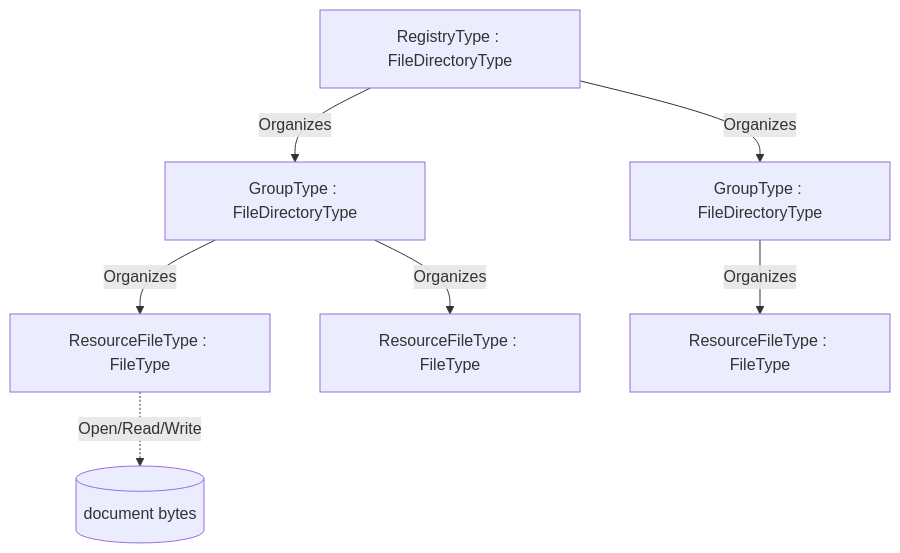
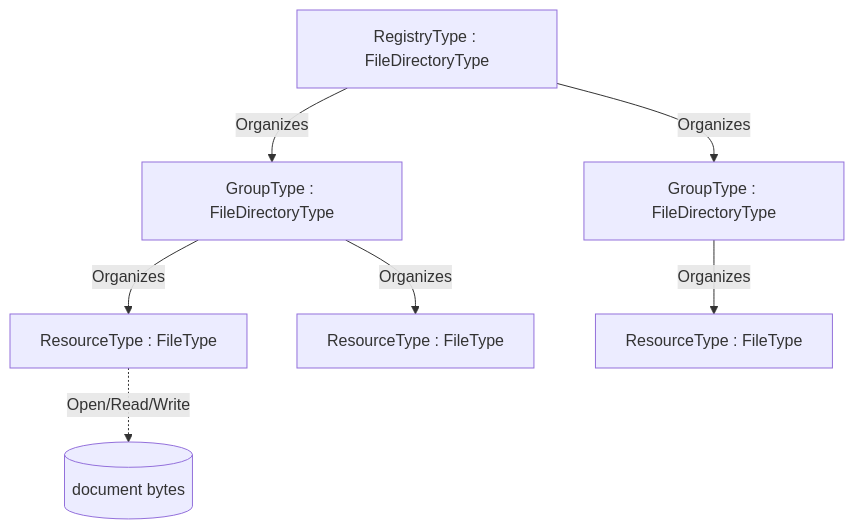
The diagram in core-specs/xregistry/OPC-UA-xRegistry.md (marcschier/opcua-drafts), drawn with Mermaid before and after one commit. The commit also changed other lines of this file and 12 other files, not shown here.

````diff
--- a/core-specs/xregistry/OPC-UA-xRegistry.md
+++ b/core-specs/xregistry/OPC-UA-xRegistry.md
@@ -61,9 +61,9 @@
 ```mermaid
 graph TD
   REG[RegistryType : FileDirectoryType] -->|Organizes| G1[GroupType : FileDirectoryType]
   REG -->|Organizes| G2[GroupType : FileDirectoryType]
-  G1 -->|Organizes| R1[ResourceFileType : FileType]
-  G1 -->|Organizes| R2[ResourceFileType : FileType]
-  G2 -->|Organizes| R3[ResourceFileType : FileType]
+  G1 -->|Organizes| R1[ResourceType : FileType]
+  G1 -->|Organizes| R2[ResourceType : FileType]
+  G2 -->|Organizes| R3[ResourceType : FileType]
   R1 -.Open/Read/Write.-> DOC[(document bytes)]
 ```
````
